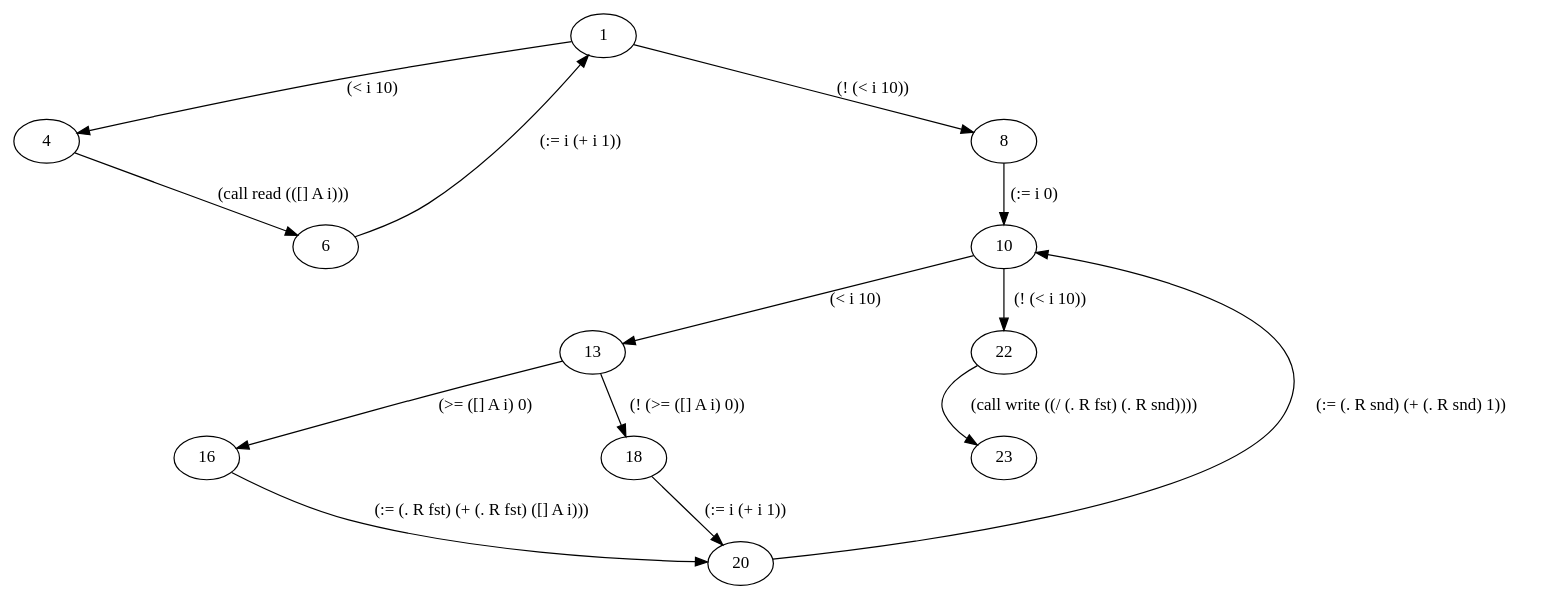
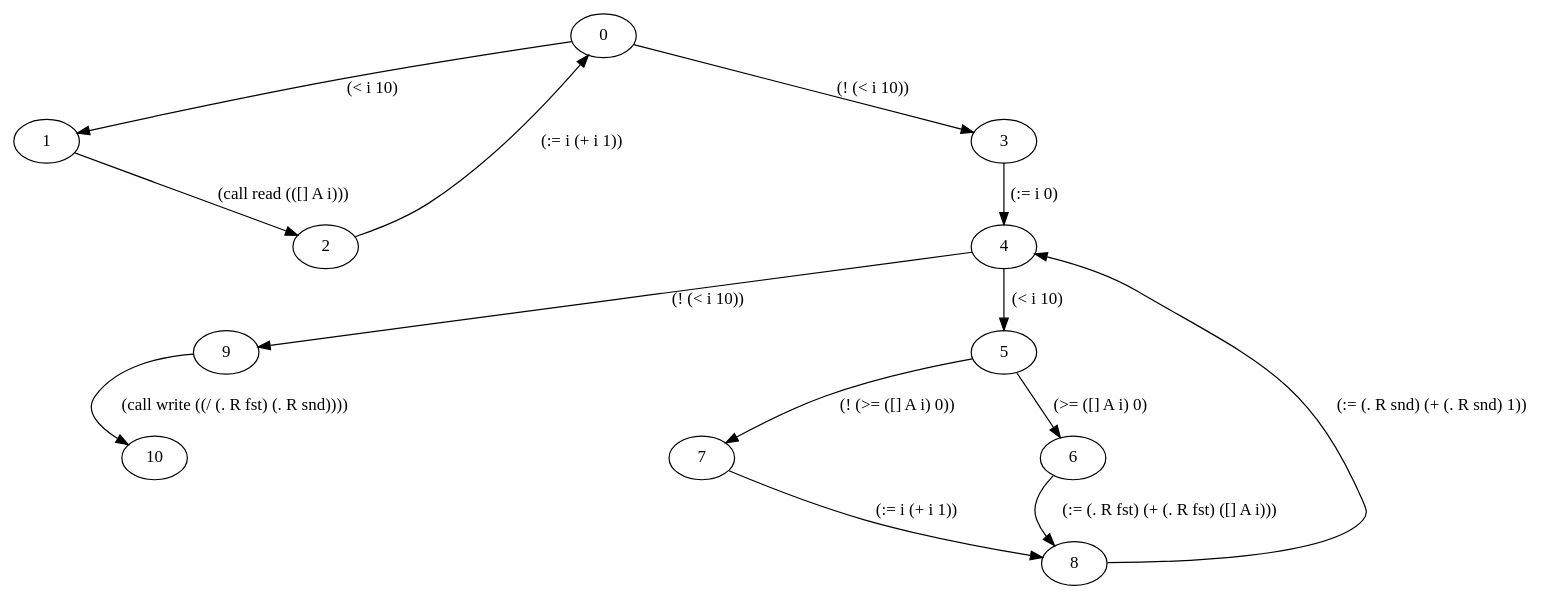
Before and after one commit to ntauth/microc-analyzer: the diagram in test1.dot, drawn with Graphviz. The commit also changed 3 other files, not shown here.

```diff
--- a/test1.dot
+++ b/test1.dot
@@ -1,27 +1,27 @@
 strict digraph  {
 nodesep=3;
-1 [selector=None, type=source];
-4 [selector=while, type=None];
-6 [selector=None, type=None];
+0 [selector=None, type=source];
+1 [selector=while, type=None];
+4 [selector=None, type=None];
+3 [selector=None, type=None];
+2 [selector=None, type=None];
+10 [selector=None, type=sink];
+9 [selector=None, type=None];
 8 [selector=None, type=None];
-10 [selector=None, type=None];
-13 [selector=while, type=None];
-16 [selector=if, type=None];
-18 [selector=else, type=None];
-20 [selector=None, type=None];
-22 [selector=None, type=None];
-23 [selector=None, type=sink];
-1 -> 4  [action="(< i 10)", label="(< i 10)"];
-1 -> 8  [action="(! (< i 10))", label="(! (< i 10))"];
-4 -> 6  [action="(call read (([] A i)))", label="(call read (([] A i)))"];
-6 -> 1  [action="(:= i (+ i 1))", label="(:= i (+ i 1))"];
-8 -> 10  [action="(:= i 0)", label="(:= i 0)"];
-10 -> 13  [action="(< i 10)", label="(< i 10)"];
-10 -> 22  [action="(! (< i 10))", label="(! (< i 10))"];
-13 -> 16  [action="(>= ([] A i) 0)", label="(>= ([] A i) 0)"];
-13 -> 18  [action="(! (>= ([] A i) 0))", label="(! (>= ([] A i) 0))"];
-16 -> 20  [action="(:= (. R fst) (+ (. R fst) ([] A i)))", label="(:= (. R fst) (+ (. R fst) ([] A i)))"];
-18 -> 20  [action="(:= i (+ i 1))", label="(:= i (+ i 1))"];
-20 -> 10  [action="(:= (. R snd) (+ (. R snd) 1))", label="(:= (. R snd) (+ (. R snd) 1))"];
-22 -> 23  [action="(call write ((/ (. R fst) (. R snd))))", label="(call write ((/ (. R fst) (. R snd))))"];
+7 [selector=else, type=None];
+6 [selector=if, type=None];
+5 [selector=while, type=None];
+0 -> 1  [action="(< i 10)", label="(< i 10)"];
+0 -> 3  [action="(! (< i 10))", label="(! (< i 10))"];
+1 -> 2  [action="(call read (([] A i)))", label="(call read (([] A i)))"];
+4 -> 9  [action="(! (< i 10))", label="(! (< i 10))"];
+4 -> 5  [action="(< i 10)", label="(< i 10)"];
+3 -> 4  [action="(:= i 0)", label="(:= i 0)"];
+2 -> 0  [action="(:= i (+ i 1))", label="(:= i (+ i 1))"];
+9 -> 10  [action="(call write ((/ (. R fst) (. R snd))))", label="(call write ((/ (. R fst) (. R snd))))"];
+8 -> 4  [action="(:= (. R snd) (+ (. R snd) 1))", label="(:= (. R snd) (+ (. R snd) 1))"];
+7 -> 8  [action="(:= i (+ i 1))", label="(:= i (+ i 1))"];
+6 -> 8  [action="(:= (. R fst) (+ (. R fst) ([] A i)))", label="(:= (. R fst) (+ (. R fst) ([] A i)))"];
+5 -> 7  [action="(! (>= ([] A i) 0))", label="(! (>= ([] A i) 0))"];
+5 -> 6  [action="(>= ([] A i) 0)", label="(>= ([] A i) 0)"];
 }
```
